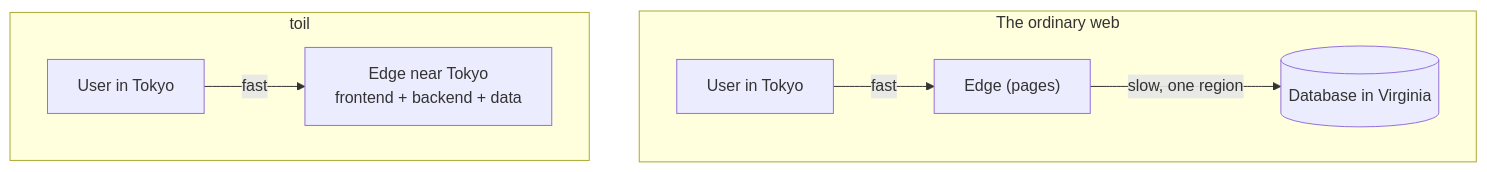
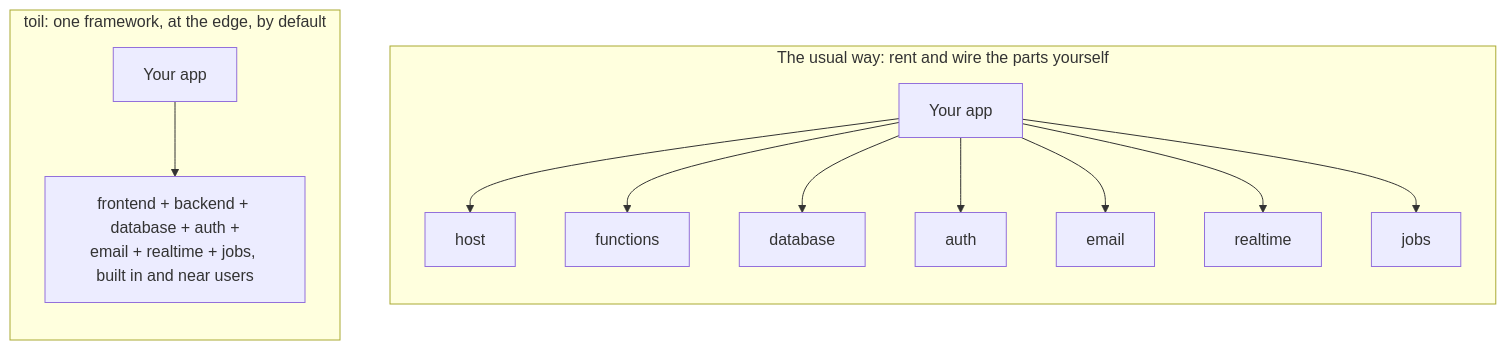
One commit to dacely-cloud/toiljs changed the diagram in docs/introduction/README.md. Above: the diagram before and after it, drawn with Mermaid. The commit also changed other lines of this file and 4 other files, not shown here.

````diff
--- a/docs/introduction/README.md
+++ b/docs/introduction/README.md
@@ -27,10 +29,17 @@
 ```mermaid
 flowchart TB
-    subgraph Ordinary["The ordinary web"]
-        U1["User in Tokyo"] -->|fast| E1["Edge (pages)"]
-        E1 -->|slow, one region| DB1[("Database in Virginia")]
+    subgraph Assemble["The usual way: rent and wire the parts yourself"]
+        direction TB
+        A["Your app"] --> H["host"]
+        A --> F["functions"]
+        A --> D["database"]
+        A --> Au["auth"]
+        A --> Em["email"]
+        A --> Rt["realtime"]
+        A --> J["jobs"]
     end
-    subgraph Toil["toil"]
-        U2["User in Tokyo"] -->|fast| E2["Edge near Tokyo<br/>frontend + backend + data"]
+    subgraph Toil["toil: one framework, at the edge, by default"]
+        direction TB
+        A2["Your app"] --> T["frontend + backend + database + auth +<br/>email + realtime + jobs, built in and near users"]
     end
 ```
````
